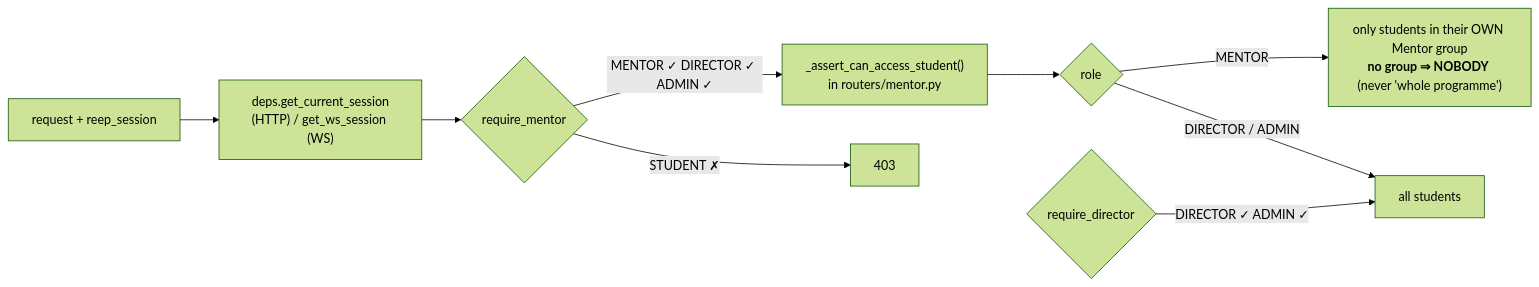
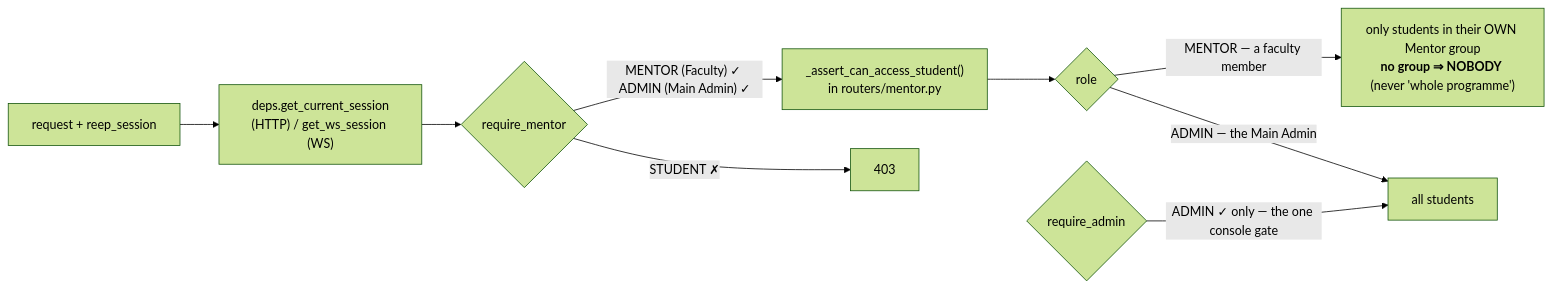
Before and after one commit to darshani8/reep-: the sixth of 13 diagrams in docs/architecture.md, drawn with Mermaid (forest theme). The commit also changed other lines of this file and 19 other files, not shown here.

````diff
--- a/docs/architecture.md
+++ b/docs/architecture.md
@@ -400,11 +420,11 @@
 ```mermaid
 flowchart LR
     RQ["request + reep_session"] --> DP["deps.get_current_session<br/>(HTTP) / get_ws_session (WS)"]
     DP --> RM{"require_mentor"}
-    RM -->|"MENTOR ✓ DIRECTOR ✓ ADMIN ✓"| SC["_assert_can_access_student()<br/>in routers/mentor.py"]
+    RM -->|"MENTOR (Faculty) ✓ ADMIN (Main Admin) ✓"| SC["_assert_can_access_student()<br/>in routers/mentor.py"]
     RM -->|"STUDENT ✗"| F403["403"]
     SC --> M1{"role"}
-    M1 -->|MENTOR| G1["only students in their OWN Mentor group<br/><b>no group ⇒ NOBODY</b> (never 'whole programme')"]
-    M1 -->|DIRECTOR / ADMIN| G2["all students"]
-    RD{"require_director"} -->|"DIRECTOR ✓ ADMIN ✓"| G2
+    M1 -->|"MENTOR — a faculty member"| G1["only students in their OWN Mentor group<br/><b>no group ⇒ NOBODY</b> (never 'whole programme')"]
+    M1 -->|"ADMIN — the Main Admin"| G2["all students"]
+    RD{"require_admin"} -->|"ADMIN ✓ only — the one console gate"| G2
 ```
````
